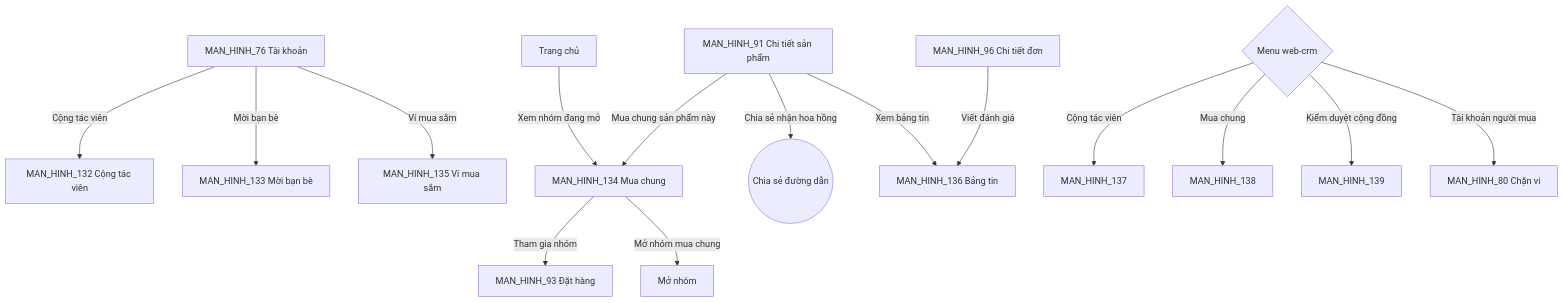
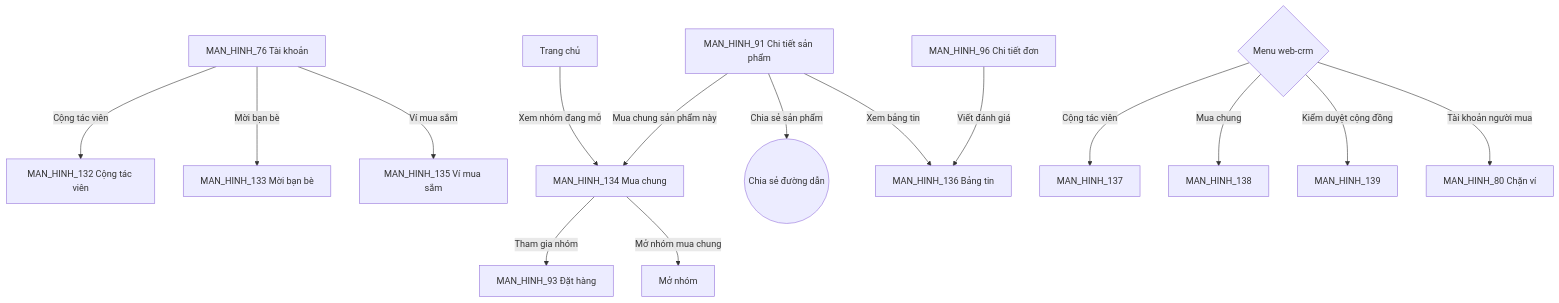
Before and after one commit to vinhngtienmdb-ui/vcomm: diagram 26 of 26 in tai_lieu/14_DAC_TA_GIAO_DIEN.md, drawn with Mermaid. The commit also changed other lines of this file and 3 other files, not shown here.

First line of the commit message:
docs(THAY_DOI_28): nút chia sẻ sản phẩm chung thay nút cộng tác viên trên MAN_HINH_91

````diff
--- a/tai_lieu/14_DAC_TA_GIAO_DIEN.md
+++ b/tai_lieu/14_DAC_TA_GIAO_DIEN.md
@@ -2548,17 +2548,17 @@
 ```mermaid
 flowchart TD
     T[MAN_HINH_76 Tài khoản] -->|Cộng tác viên| C[MAN_HINH_132 Cộng tác viên]
     T -->|Mời bạn bè| I[MAN_HINH_133 Mời bạn bè]
     T -->|Ví mua sắm| W[MAN_HINH_135 Ví mua sắm]
     H[Trang chủ] -->|Xem nhóm đang mở| G[MAN_HINH_134 Mua chung]
-    P[MAN_HINH_91 Chi tiết sản phẩm] -->|Chia sẻ nhận hoa hồng| S((Chia sẻ đường dẫn))
+    P[MAN_HINH_91 Chi tiết sản phẩm] -->|Chia sẻ sản phẩm| S((Chia sẻ đường dẫn))
     P -->|Mua chung sản phẩm này| G
     P -->|Xem bảng tin| F[MAN_HINH_136 Bảng tin]
     G -->|Tham gia nhóm| O[MAN_HINH_93 Đặt hàng]
     G -->|Mở nhóm mua chung| N[Mở nhóm]
     D[MAN_HINH_96 Chi tiết đơn] -->|Viết đánh giá| F
     M{Menu web-crm} -->|Cộng tác viên| WC[MAN_HINH_137]
     M -->|Mua chung| WG[MAN_HINH_138]
     M -->|Kiểm duyệt cộng đồng| WK[MAN_HINH_139]
     M -->|Tài khoản người mua| WB[MAN_HINH_80 Chặn ví]
 ```
````
